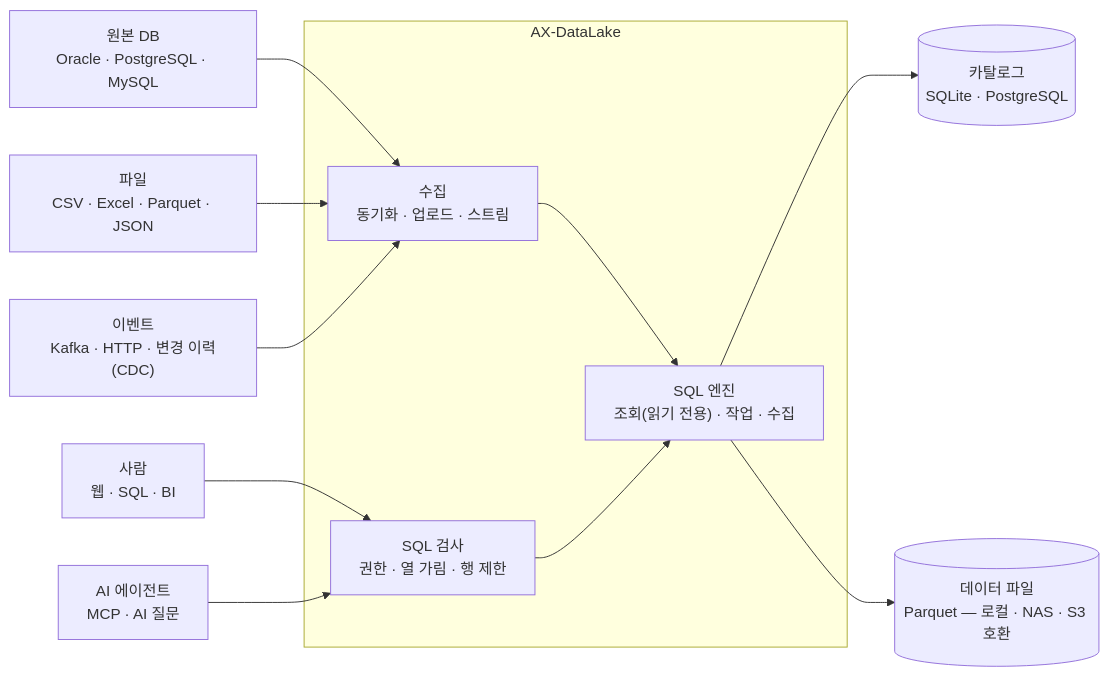
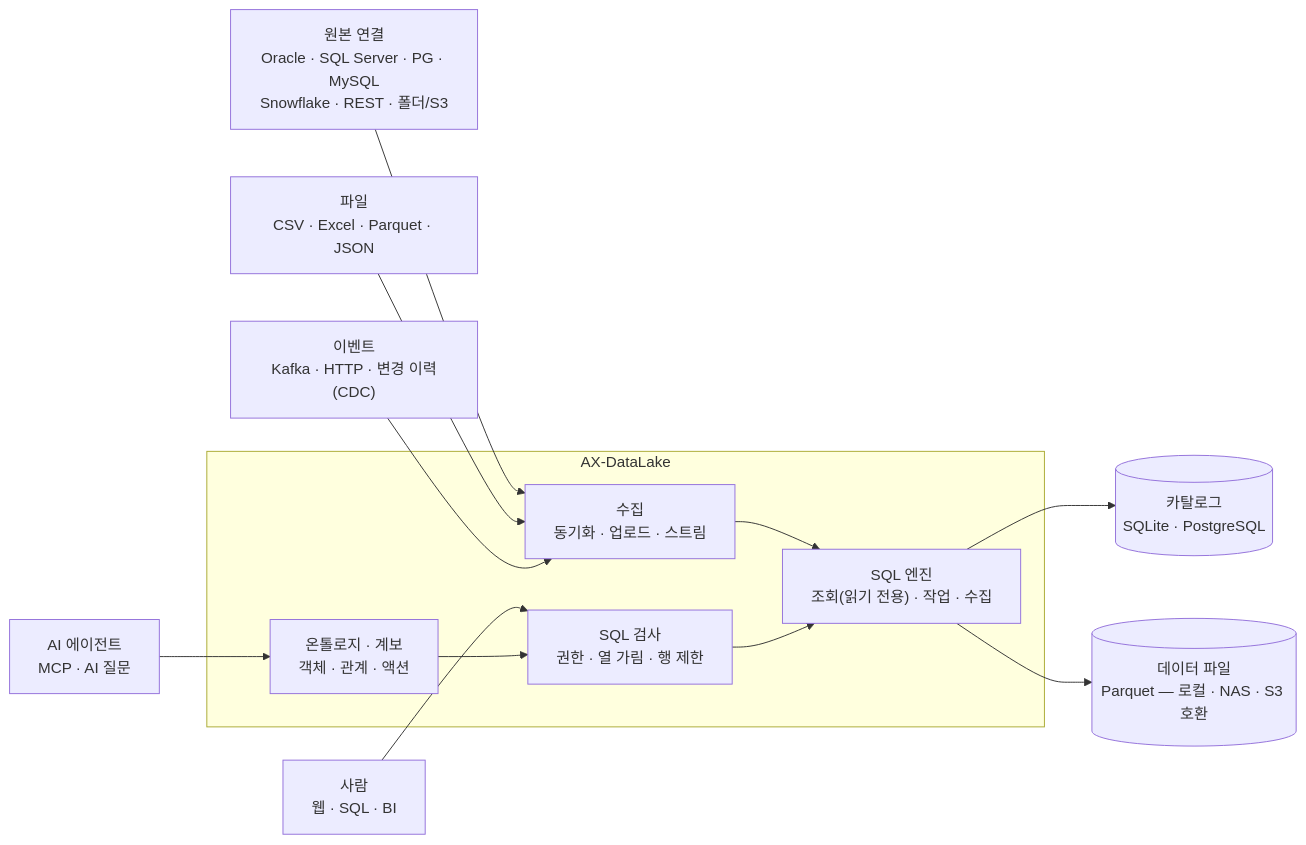
One commit to Malburi/hnix-ax-site changed the diagram in datalake/README.md. Above: the diagram before and after it, drawn with Mermaid. The commit also changed other lines of this file and 46 other files, not shown here.

First line of the commit message:
docs: 시연 절 — 실제 구동 영상(전체 투어·제품 넷)·진행 각본, AI 생태계 워크플로우 draw.io, AX-DataLake 온톨로지·계보·커넥터

````diff
--- a/datalake/README.md
+++ b/datalake/README.md
@@ -19,24 +24,26 @@
 ```mermaid
 flowchart LR
-    SRC["원본 DB<br/>Oracle · PostgreSQL · MySQL"]
+    SRC["원본 연결<br/>Oracle · SQL Server · PG · MySQL<br/>Snowflake · REST · 폴더/S3"]
     FILE["파일<br/>CSV · Excel · Parquet · JSON"]
     EVT["이벤트<br/>Kafka · HTTP · 변경 이력(CDC)"]
     subgraph LAKE["AX-DataLake"]
         ING["수집<br/>동기화 · 업로드 · 스트림"]
         GOV["SQL 검사<br/>권한 · 열 가림 · 행 제한"]
+        ONT["온톨로지 · 계보<br/>객체 · 관계 · 액션"]
         ENG["SQL 엔진<br/>조회(읽기 전용) · 작업 · 수집"]
     end
     CAT[("카탈로그<br/>SQLite · PostgreSQL")]
     DATA[("데이터 파일<br/>Parquet — 로컬 · NAS · S3 호환")]
     USR["사람<br/>웹 · SQL · BI"]
     AGT["AI 에이전트<br/>MCP · AI 질문"]
     SRC --> ING
     FILE --> ING
     EVT --> ING
     ING --> ENG
     USR --> GOV
-    AGT --> GOV
+    AGT --> ONT
+    ONT --> GOV
     GOV --> ENG
     ENG --> CAT
     ENG --> DATA
 ```
````
